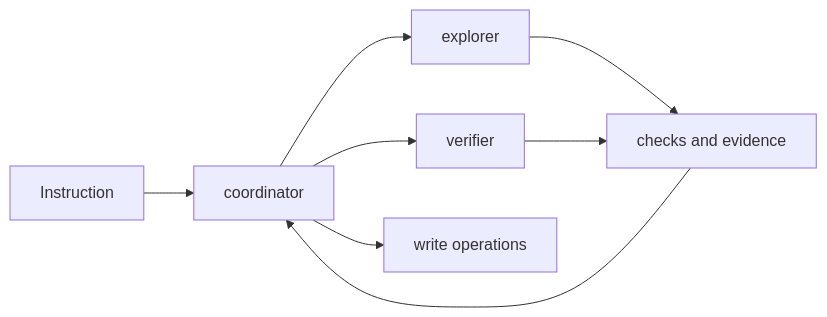
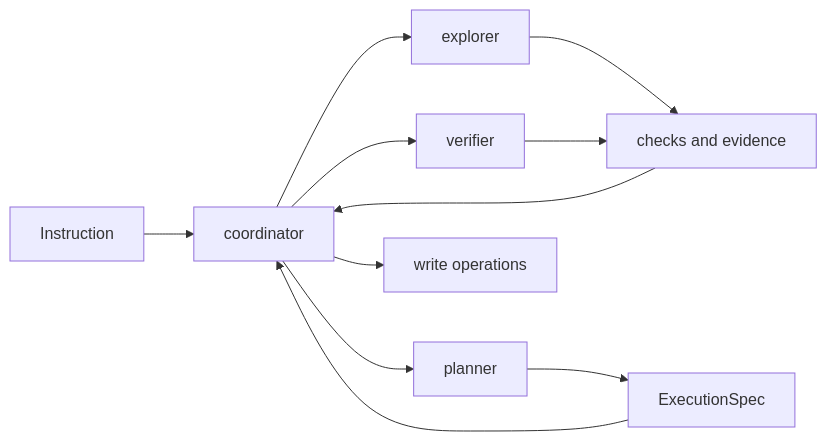
Before and after one commit to thisisyoussef/shipyard: the diagram in shipyard/src/agents/README.md, drawn with Mermaid. The commit also changed other lines of this file and 20 other files, not shown here.

Commit message:
feat: add execution spec planner contract

````diff
--- a/shipyard/src/agents/README.md
+++ b/shipyard/src/agents/README.md
@@ -24,17 +27,22 @@
 ```mermaid
 flowchart LR
   Instruction["Instruction"]
   Coordinator["coordinator"]
   Explorer["explorer"]
+  Planner["planner"]
   Verifier["verifier"]
   Writes["write operations"]
   Checks["checks and evidence"]
+  Spec["ExecutionSpec"]
 
   Instruction --> Coordinator
   Coordinator --> Explorer
+  Coordinator --> Planner
   Coordinator --> Verifier
   Coordinator --> Writes
   Explorer --> Checks
+  Planner --> Spec
+  Spec --> Coordinator
   Verifier --> Checks
   Checks --> Coordinator
 ```
````
